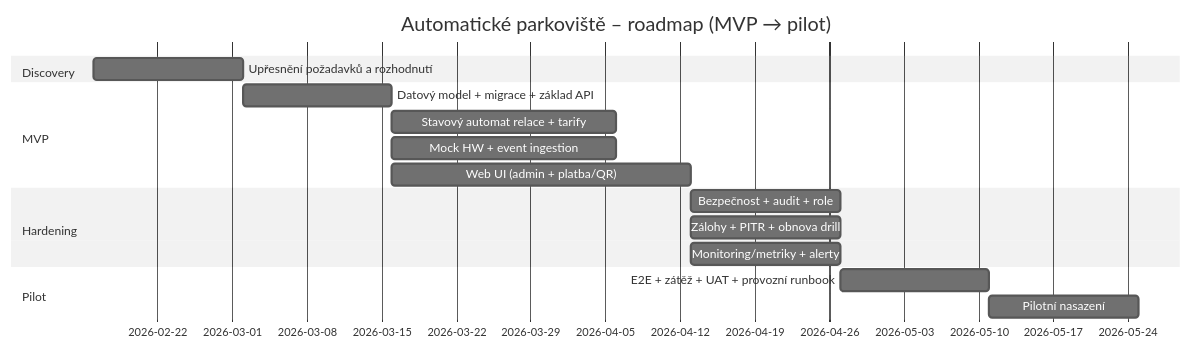
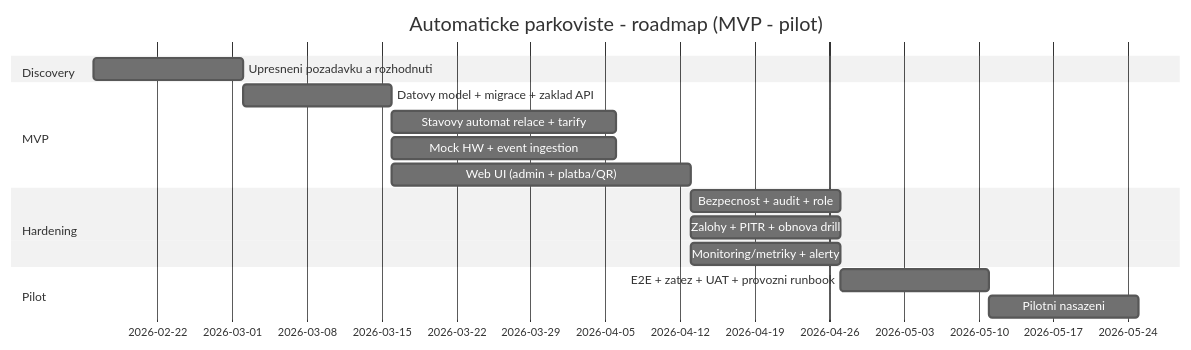
One commit to VPSI-Team/VPSI changed the second of 2 diagrams in vpsi.md. Above: the diagram before and after it, drawn with Mermaid (neutral theme). The commit also changed other lines of this file, not shown here.

````diff
--- a/vpsi.md
+++ b/vpsi.md
@@ -611,23 +611,23 @@
 ```mermaid
 gantt
-  title Automatické parkoviště – roadmap (MVP → pilot)
+  title Automaticke parkoviste - roadmap (MVP - pilot)
   dateFormat  YYYY-MM-DD
 
   section Discovery
-  Upřesnění požadavků a rozhodnutí     :a1, 2026-02-16, 2w
+  Upresneni pozadavku a rozhodnuti     :a1, 2026-02-16, 2w
 
   section MVP
-  Datový model + migrace + základ API  :a2, after a1, 2w
-  Stavový automat relace + tarify      :a3, after a2, 3w
+  Datovy model + migrace + zaklad API  :a2, after a1, 2w
+  Stavovy automat relace + tarify      :a3, after a2, 3w
   Mock HW + event ingestion            :a4, after a2, 3w
   Web UI (admin + platba/QR)           :a5, after a2, 4w
 
   section Hardening
-  Bezpečnost + audit + role            :a6, after a5, 2w
-  Zálohy + PITR + obnova drill         :a7, after a5, 2w
+  Bezpecnost + audit + role            :a6, after a5, 2w
+  Zalohy + PITR + obnova drill         :a7, after a5, 2w
   Monitoring/metriky + alerty          :a8, after a5, 2w
 
   section Pilot
-  E2E + zátěž + UAT + provozní runbook :a9, after a8, 2w
-  Pilotní nasazení                     :a10, after a9, 2w
+  E2E + zatez + UAT + provozni runbook :a9, after a8, 2w
+  Pilotni nasazeni                     :a10, after a9, 2w
 ```
````
